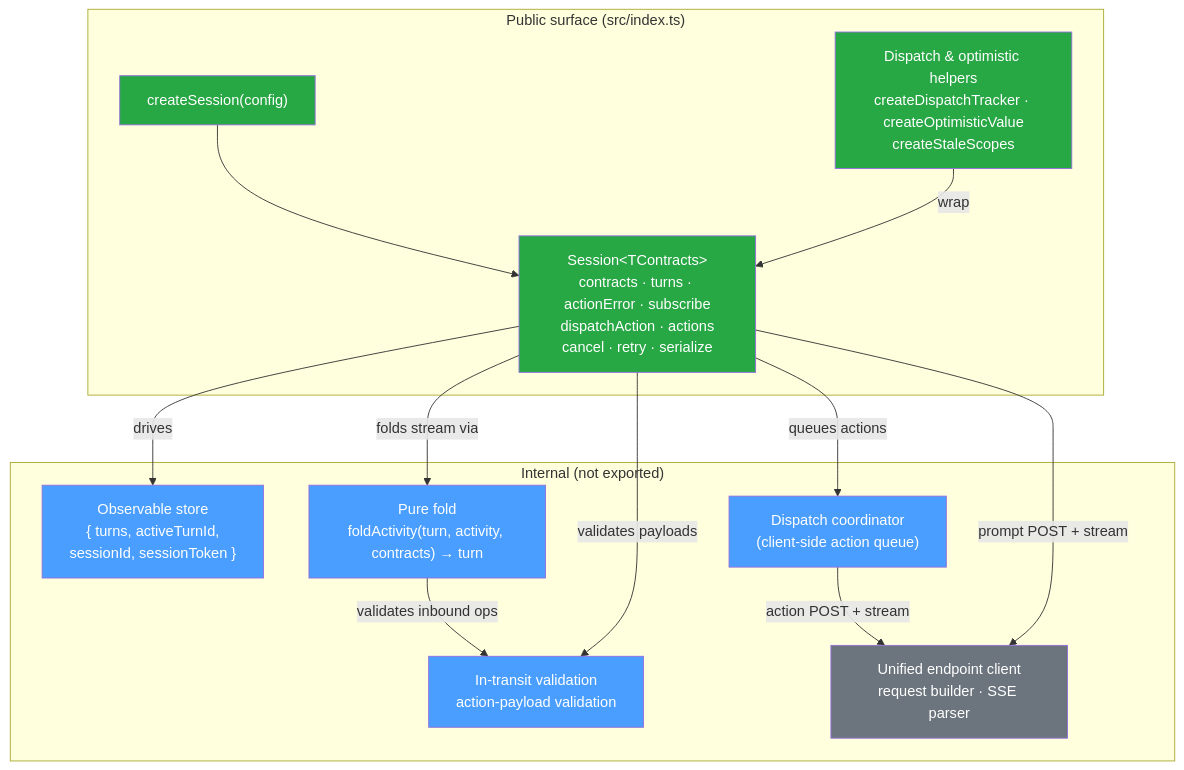
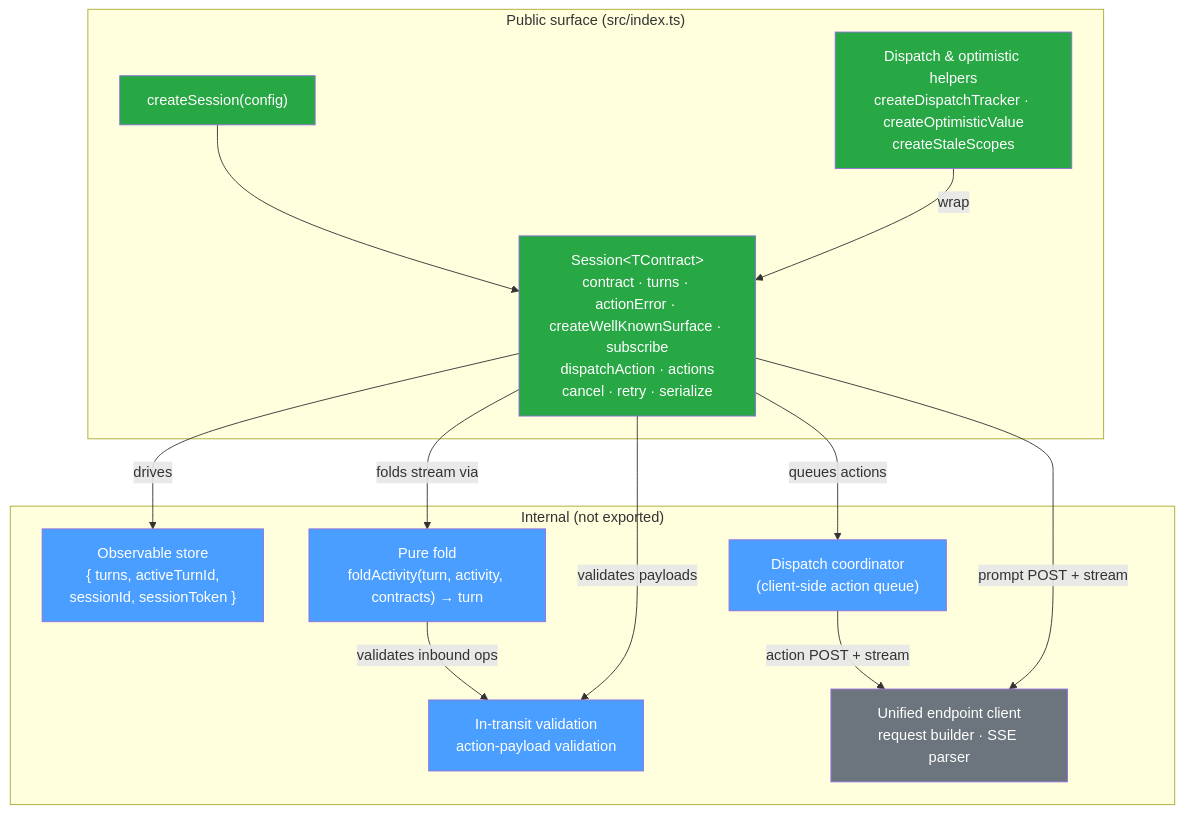
The first of 2 diagrams in packages/thermidor/docs/architecture.md (coveo/ui-kit), drawn with Mermaid before and after one commit. The commit also changed other lines of this file and 15 other files, not shown here.

First line of the commit message:
feat(thermidor): create well-known surfaces and send their lookups j:KIT-6378

````diff
--- a/packages/thermidor/docs/architecture.md
+++ b/packages/thermidor/docs/architecture.md
@@ -17,35 +17,35 @@
 ```mermaid
 graph TB
     subgraph "Public surface (src/index.ts)"
         CS["createSession(config)"]
-        SESSION["Session&lt;TContracts&gt;<br/>contracts · turns · actionError · subscribe<br/>dispatchAction · actions<br/>cancel · retry · serialize"]
+        SESSION["Session&lt;TContract&gt;<br/>contract · turns · actionError · createWellKnownSurface · subscribe<br/>dispatchAction · actions<br/>cancel · retry · serialize"]
         HELPERS["Dispatch &amp; optimistic helpers<br/>createDispatchTracker · createOptimisticValue<br/>createStaleScopes"]
     end
 
     subgraph "Internal (not exported)"
         STORE["Observable store<br/>{ turns, activeTurnId,<br/>sessionId, sessionToken }"]
         FOLD["Pure fold<br/>foldActivity(turn, activity, contracts) → turn"]
         VALID["In-transit validation<br/>action-payload validation"]
         QUEUE["Dispatch coordinator<br/>(client-side action queue)"]
         API["Unified endpoint client<br/>request builder · SSE parser"]
     end
 
     CS --> SESSION
     SESSION -->|drives| STORE
     SESSION -->|folds stream via| FOLD
     FOLD -->|validates inbound ops| VALID
     SESSION -->|validates payloads| VALID
     SESSION -->|queues actions| QUEUE
     QUEUE -->|action POST + stream| API
     SESSION -->|prompt POST + stream| API
     HELPERS -->|wrap| SESSION
 
     style CS fill:#28a745,color:#fff
     style SESSION fill:#28a745,color:#fff
     style HELPERS fill:#28a745,color:#fff
     style STORE fill:#4a9eff,color:#fff
     style FOLD fill:#4a9eff,color:#fff
     style VALID fill:#4a9eff,color:#fff
     style QUEUE fill:#4a9eff,color:#fff
     style API fill:#6c757d,color:#fff
 ```
````
